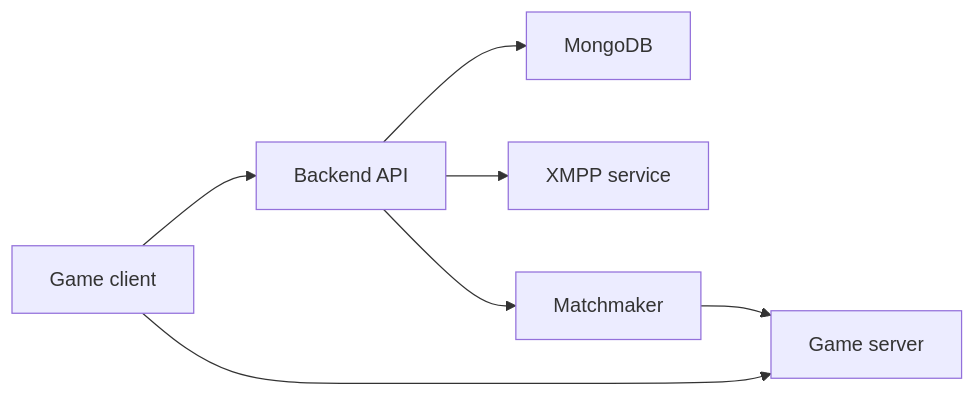
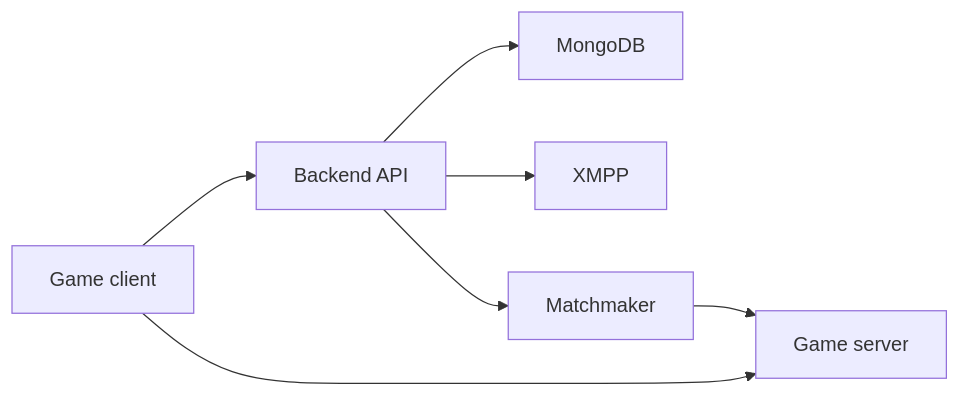
The diagram in README.md (dor1q/Dream), drawn with Mermaid before and after one commit. The commit also changed other lines of this file, not shown here.

````diff
--- a/README.md
+++ b/README.md
@@ -70,9 +78,9 @@
 ```mermaid
 flowchart LR
     Client["Game client"] --> Backend["Backend API"]
     Client --> GameServer["Game server"]
     Backend --> MongoDB["MongoDB"]
-    Backend --> XMPP["XMPP service"]
+    Backend --> XMPP["XMPP"]
     Backend --> Matchmaker["Matchmaker"]
     Matchmaker --> GameServer
 ```
````
